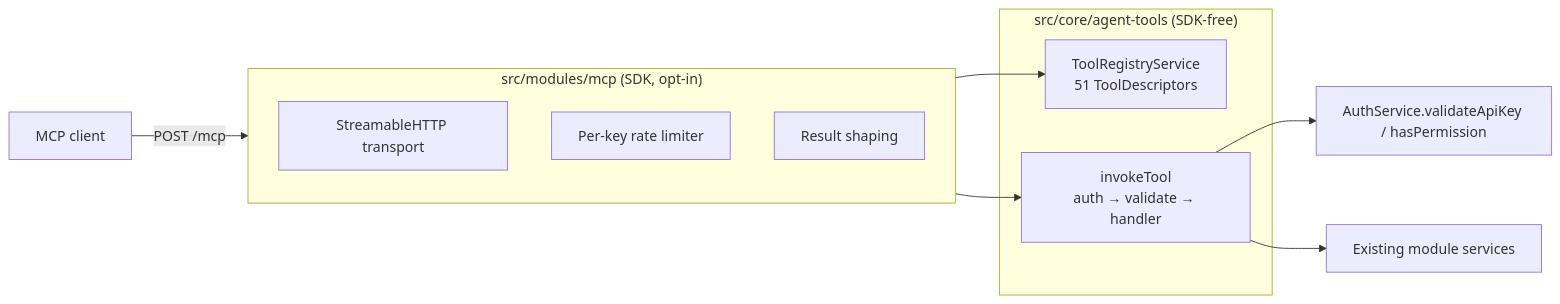
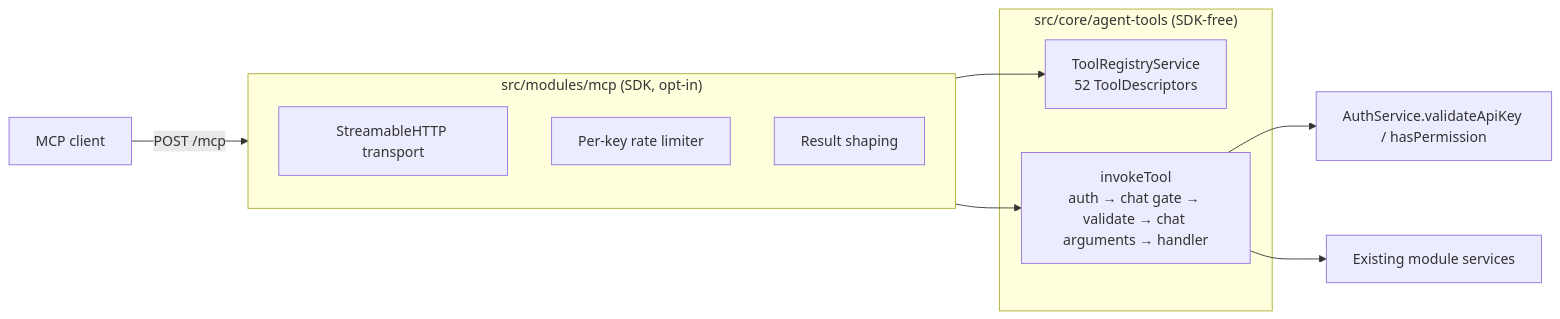
Before and after one commit to Y345ez/OpenWA-mlakot: the second of 2 diagrams in docs/24-mcp-integration.md, drawn with Mermaid. The commit also changed other lines of this file and 1478 other files, not shown here.

````diff
--- a/docs/24-mcp-integration.md
+++ b/docs/24-mcp-integration.md
@@ -84,17 +84,17 @@
 ```mermaid
 flowchart LR
     Client[MCP client] -->|POST /mcp| Adapter
     subgraph Core["src/core/agent-tools (SDK-free)"]
-        Registry[ToolRegistryService<br/>51 ToolDescriptors]
-        Invoker[invokeTool<br/>auth → validate → handler]
+        Registry[ToolRegistryService<br/>52 ToolDescriptors]
+        Invoker[invokeTool<br/>auth → chat gate → validate → chat arguments → handler]
     end
     subgraph Adapter["src/modules/mcp (SDK, opt-in)"]
         Server[StreamableHTTP transport]
         Limiter[Per-key rate limiter]
         Result[Result shaping]
     end
     Adapter --> Registry
     Adapter --> Invoker
     Invoker --> Auth[AuthService.validateApiKey / hasPermission]
     Invoker --> Services[Existing module services]
 ```
````
